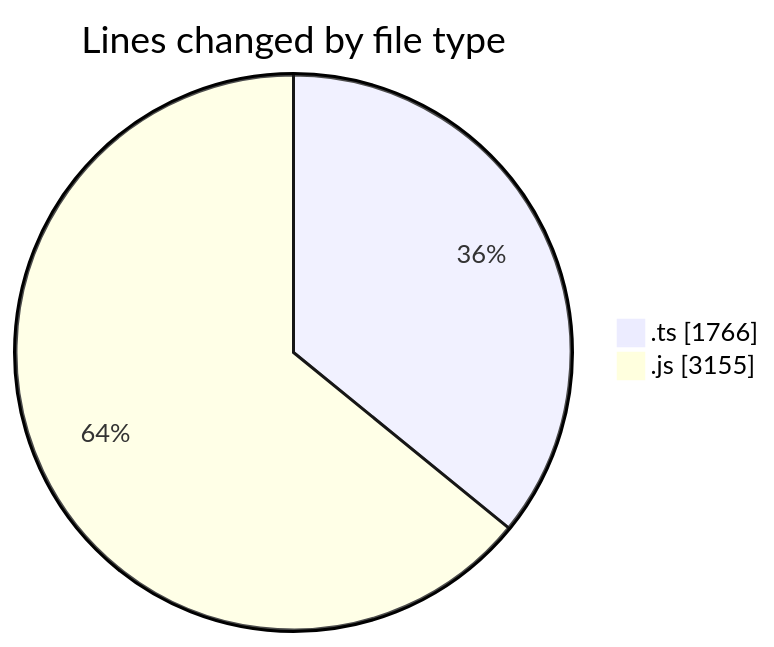
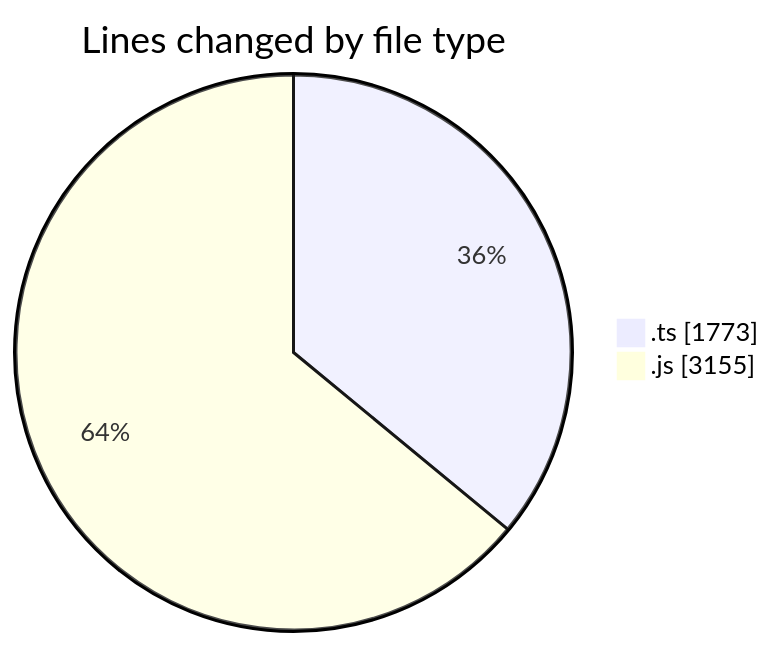
The first of 2 diagrams in 2025-07-29/cda/README.md (momahboobian/code-tracking), drawn with Mermaid before and after one commit. The commit also changed other lines of this file and 1 other file, not shown here.

````diff
--- a/2025-07-29/cda/README.md
+++ b/2025-07-29/cda/README.md
@@ -24,6 +24,6 @@
 ```mermaid
 pie showData
 title Lines changed by file type
-".ts" : 1766
+".ts" : 1773
 ".js" : 3155
 ```
````
